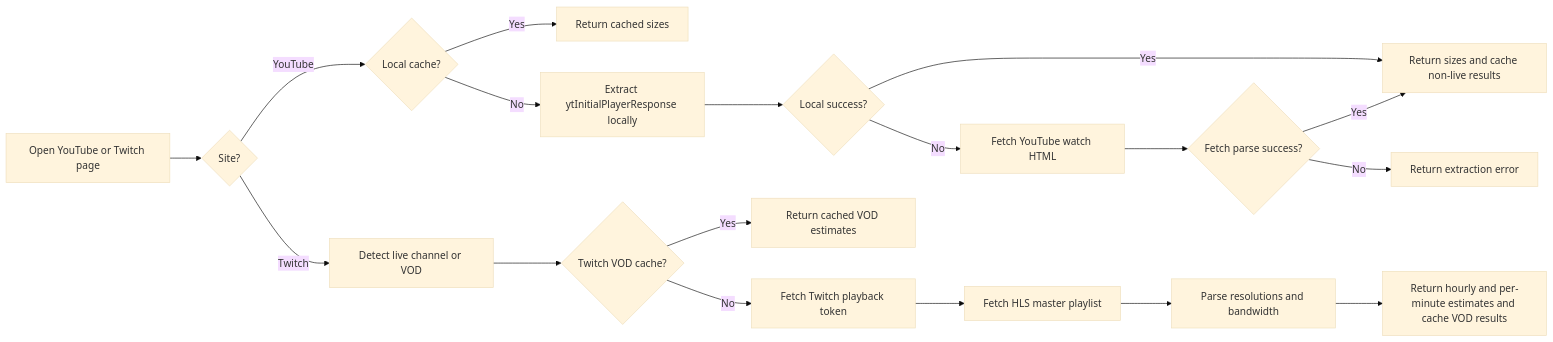
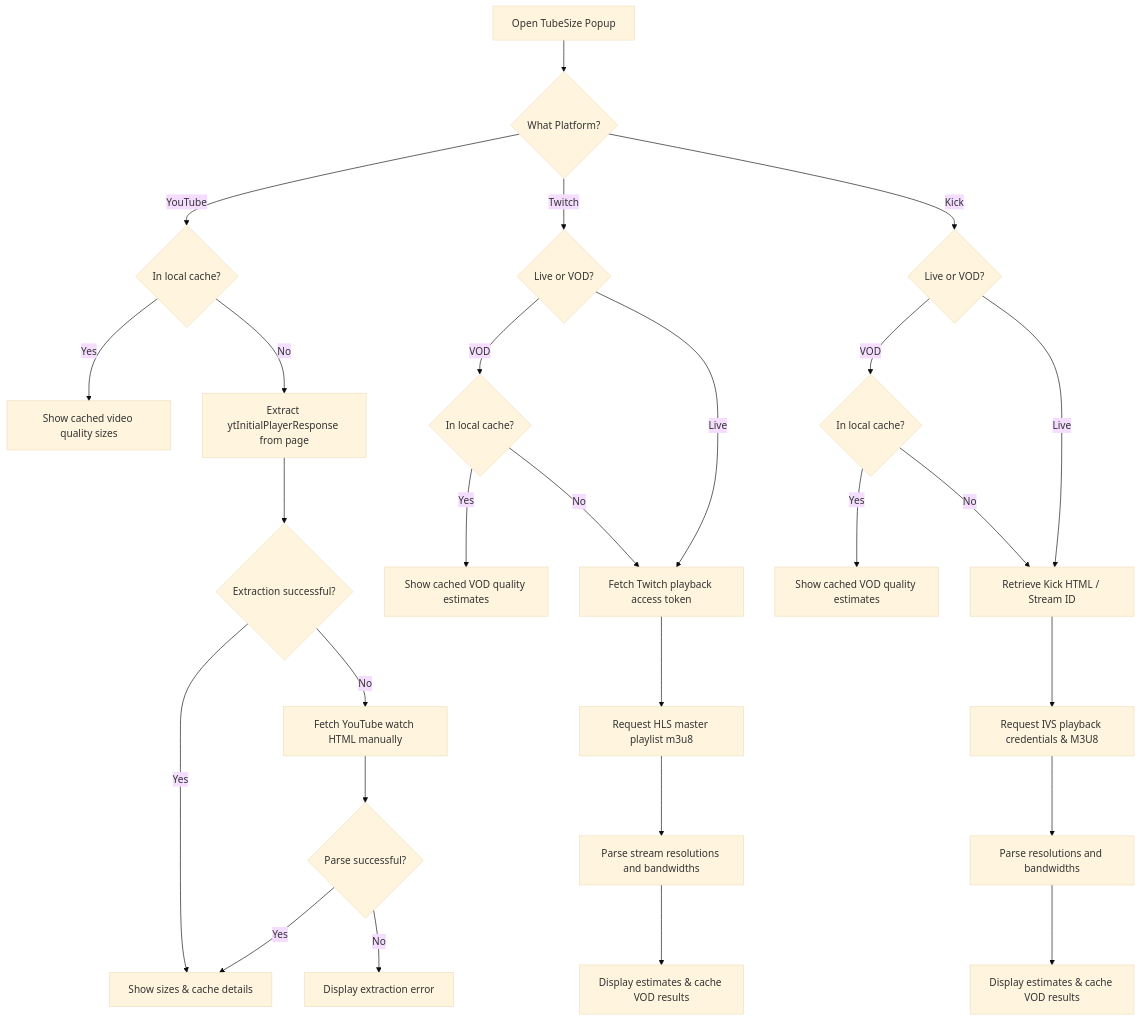
One commit to MohamedSayed0573/TubeSize_Extension changed the first of 2 diagrams in README.md. Above: the diagram before and after it, drawn with Mermaid (base theme). The commit also changed other lines of this file, not shown here.

````diff
--- a/README.md
+++ b/README.md
@@ -113,20 +130,32 @@
 ```mermaid
-flowchart LR
-    A[Open YouTube or Twitch page] --> B{Site?}
-    B -->|YouTube| C{Local cache?}
-    C -->|Yes| D[Return cached sizes]
-    C -->|No| E[Extract ytInitialPlayerResponse locally]
-    E --> F{Local success?}
-    F -->|Yes| G[Return sizes and cache non-live results]
-    F -->|No| H[Fetch YouTube watch HTML]
-    H --> I{Fetch parse success?}
-    I -->|Yes| G
-    I -->|No| X[Return extraction error]
-    B -->|Twitch| J[Detect live channel or VOD]
-    J --> K{Twitch VOD cache?}
-    K -->|Yes| L[Return cached VOD estimates]
-    K -->|No| M[Fetch Twitch playback token]
-    M --> N[Fetch HLS master playlist]
-    N --> O[Parse resolutions and bandwidth]
-    O --> P[Return hourly and per-minute estimates and cache VOD results]
+flowchart TD
+    A[Open TubeSize Popup] --> B{What Platform?}
+
+    B -->|YouTube| YT_Cache{In local cache?}
+    YT_Cache -->|Yes| YT_Show[Show cached video quality sizes]
+    YT_Cache -->|No| YT_Extract[Extract ytInitialPlayerResponse from page]
+    YT_Extract --> YT_Success{Extraction successful?}
+    YT_Success -->|Yes| YT_CacheAndShow[Show sizes & cache details]
+    YT_Success -->|No| YT_Fetch[Fetch YouTube watch HTML manually]
+    YT_Fetch --> YT_FetchSuccess{Parse successful?}
+    YT_FetchSuccess -->|Yes| YT_CacheAndShow
+    YT_FetchSuccess -->|No| YT_Error[Display extraction error]
+
+    B -->|Twitch| TW_Detect{Live or VOD?}
+    TW_Detect -->|VOD| TW_VODCache{In local cache?}
+    TW_VODCache -->|Yes| TW_ShowVOD[Show cached VOD quality estimates]
+    TW_VODCache -->|No| TW_GQL[Fetch Twitch playback access token]
+    TW_Detect -->|Live| TW_GQL
+    TW_GQL --> TW_M3U8[Request HLS master playlist m3u8]
+    TW_M3U8 --> TW_Parse[Parse stream resolutions and bandwidths]
+    TW_Parse --> TW_Show[Display estimates & cache VOD results]
+
+    B -->|Kick| KK_Detect{Live or VOD?}
+    KK_Detect -->|VOD| KK_VODCache{In local cache?}
+    KK_VODCache -->|Yes| KK_ShowVOD[Show cached VOD quality estimates]
+    KK_VODCache -->|No| KK_HTML[Retrieve Kick HTML / Stream ID]
+    KK_Detect -->|Live| KK_HTML
+    KK_HTML --> KK_IVS[Request IVS playback credentials & M3U8]
+    KK_IVS --> KK_Parse[Parse resolutions and bandwidths]
+    KK_Parse --> KK_Show[Display estimates & cache VOD results]
 ```
````
